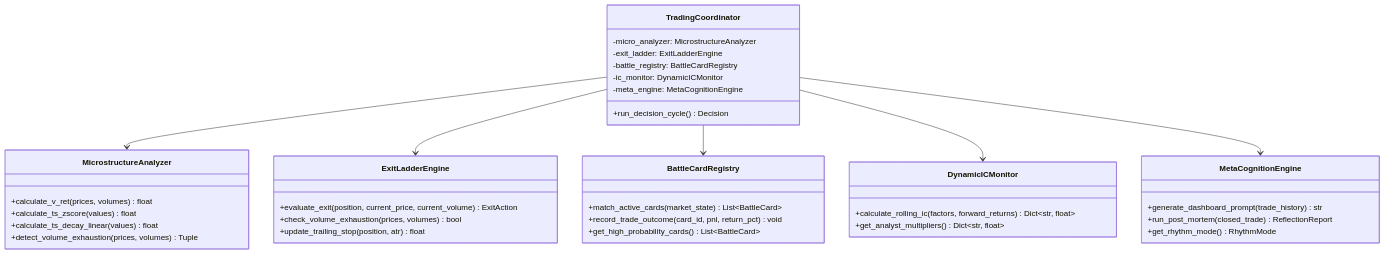
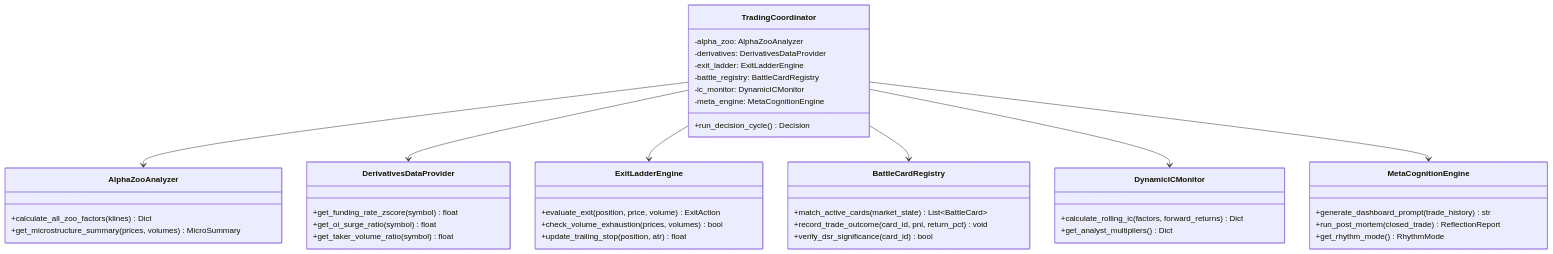
One commit to dimx9173/vibe-trading-encyc changed the third of 4 diagrams in docs/research/vbt-harvested-alpha-expansion-plan.md. Above: the diagram before and after it, drawn with Mermaid. The commit also changed other lines of this file, not shown here.

Commit message:
docs(research): upgrade expansion plan to v1.3.0 with AlphaZoo integration, derivatives layer, and DSR testing

````diff
--- a/docs/research/vbt-harvested-alpha-expansion-plan.md
+++ b/docs/research/vbt-harvested-alpha-expansion-plan.md
@@ -217,47 +145,53 @@
 ```mermaid
 classDiagram
-    class MicrostructureAnalyzer {
-        +calculate_v_ret(prices, volumes) float
-        +calculate_ts_zscore(values) float
-        +calculate_ts_decay_linear(values) float
-        +detect_volume_exhaustion(prices, volumes) Tuple
+    class AlphaZooAnalyzer {
+        +calculate_all_zoo_factors(klines) Dict
+        +get_microstructure_summary(prices, volumes) MicroSummary
+    }
+
+    class DerivativesDataProvider {
+        +get_funding_rate_zscore(symbol) float
+        +get_oi_surge_ratio(symbol) float
+        +get_taker_volume_ratio(symbol) float
     }
 
     class ExitLadderEngine {
-        +evaluate_exit(position, current_price, current_volume) ExitAction
+        +evaluate_exit(position, price, volume) ExitAction
         +check_volume_exhaustion(prices, volumes) bool
         +update_trailing_stop(position, atr) float
     }
 
     class BattleCardRegistry {
         +match_active_cards(market_state) List~BattleCard~
         +record_trade_outcome(card_id, pnl, return_pct) void
-        +get_high_probability_cards() List~BattleCard~
+        +verify_dsr_significance(card_id) bool
     }
 
     class DynamicICMonitor {
-        +calculate_rolling_ic(factors, forward_returns) Dict~str, float~
-        +get_analyst_multipliers() Dict~str, float~
+        +calculate_rolling_ic(factors, forward_returns) Dict
+        +get_analyst_multipliers() Dict
     }
 
     class MetaCognitionEngine {
         +generate_dashboard_prompt(trade_history) str
         +run_post_mortem(closed_trade) ReflectionReport
         +get_rhythm_mode() RhythmMode
     }
 
     class TradingCoordinator {
-        -micro_analyzer: MicrostructureAnalyzer
+        -alpha_zoo: AlphaZooAnalyzer
+        -derivatives: DerivativesDataProvider
         -exit_ladder: ExitLadderEngine
         -battle_registry: BattleCardRegistry
         -ic_monitor: DynamicICMonitor
         -meta_engine: MetaCognitionEngine
         +run_decision_cycle() Decision
     }
 
-    TradingCoordinator --> MicrostructureAnalyzer
+    TradingCoordinator --> AlphaZooAnalyzer
+    TradingCoordinator --> DerivativesDataProvider
     TradingCoordinator --> ExitLadderEngine
     TradingCoordinator --> BattleCardRegistry
     TradingCoordinator --> DynamicICMonitor
     TradingCoordinator --> MetaCognitionEngine
 ```
````
